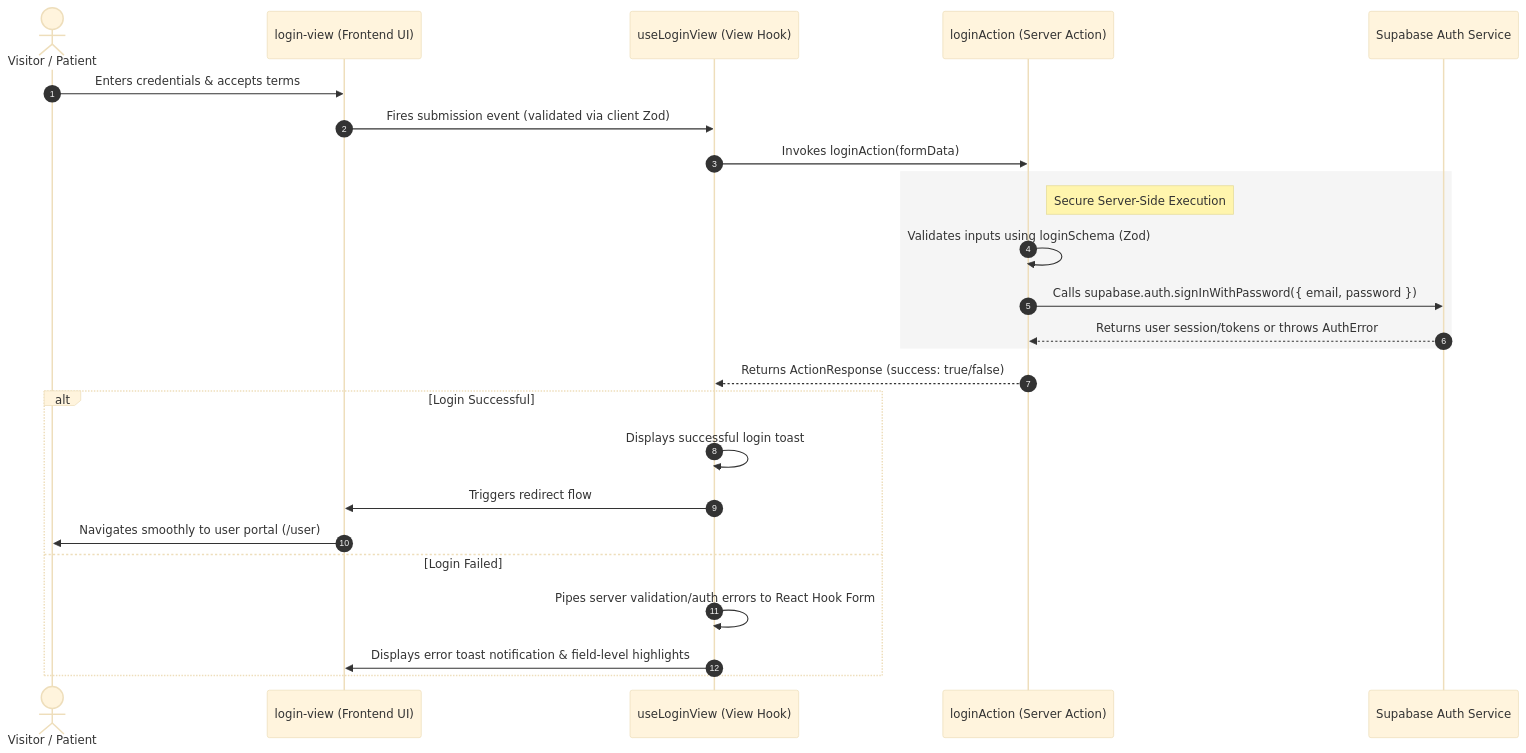
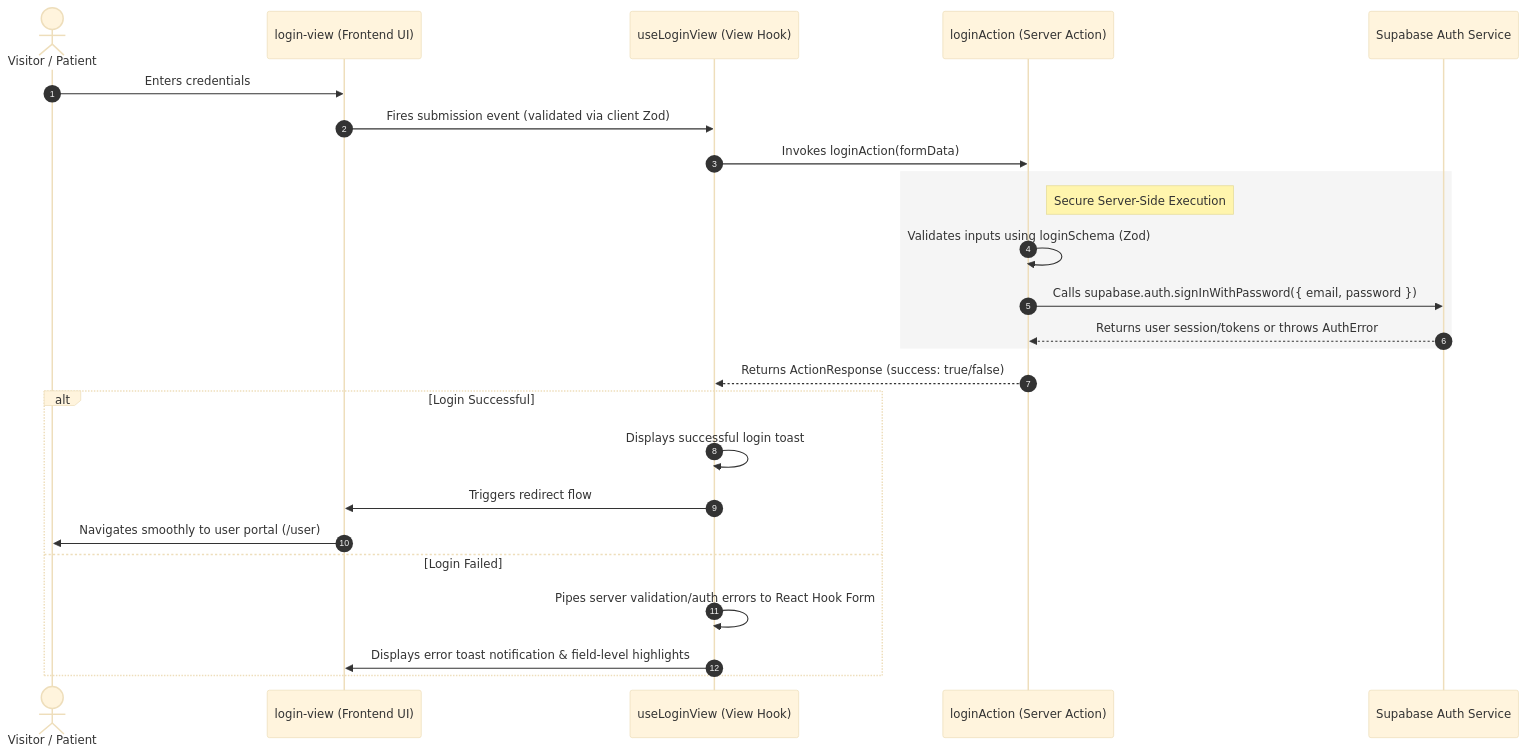
Before and after one commit to ChrstprJohn/SamsonDentalCenterWebsite: the diagram in .CORE_DOCUMENTATION/FEATURES_DOCUMENTATION/patient-login/features.md, drawn with Mermaid (base theme). The commit also changed other lines of this file and 37 other files, not shown here.

````diff
--- a/.CORE_DOCUMENTATION/FEATURES_DOCUMENTATION/patient-login/features.md
+++ b/.CORE_DOCUMENTATION/FEATURES_DOCUMENTATION/patient-login/features.md
@@ -29,31 +29,31 @@
 ```mermaid
 sequenceDiagram
     autonumber
     actor Patient as Visitor / Patient
     participant View as login-view (Frontend UI)
     participant Hook as useLoginView (View Hook)
     participant Action as loginAction (Server Action)
     participant Supa as Supabase Auth Service
 
-    Patient->>View: Enters credentials & accepts terms
+    Patient->>View: Enters credentials
     View->>Hook: Fires submission event (validated via client Zod)
     Hook->>Action: Invokes loginAction(formData)
     
     rect rgb(245, 245, 245)
         note right of Action: Secure Server-Side Execution
         Action->>Action: Validates inputs using loginSchema (Zod)
         Action->>Supa: Calls supabase.auth.signInWithPassword({ email, password })
         Supa-->>Action: Returns user session/tokens or throws AuthError
     end
 
     Action-->>Hook: Returns ActionResponse (success: true/false)
     
     alt Login Successful
         Hook->>Hook: Displays successful login toast
         Hook->>View: Triggers redirect flow
         View->>Patient: Navigates smoothly to user portal (/user)
     else Login Failed
         Hook->>Hook: Pipes server validation/auth errors to React Hook Form
         Hook->>View: Displays error toast notification & field-level highlights
     end
 ```
````
